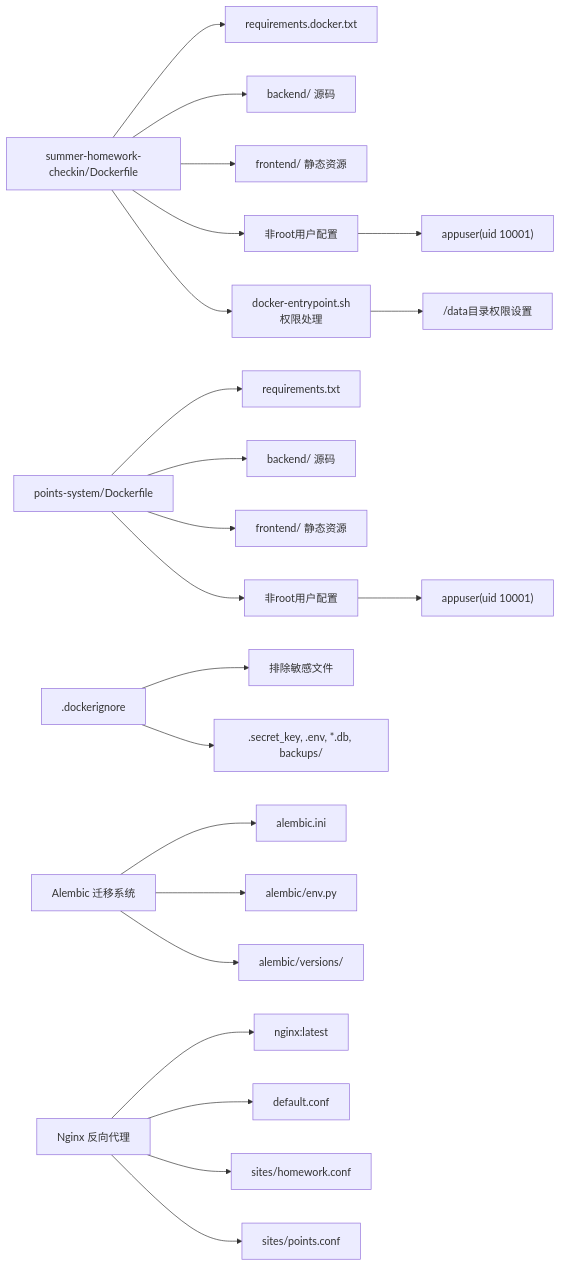
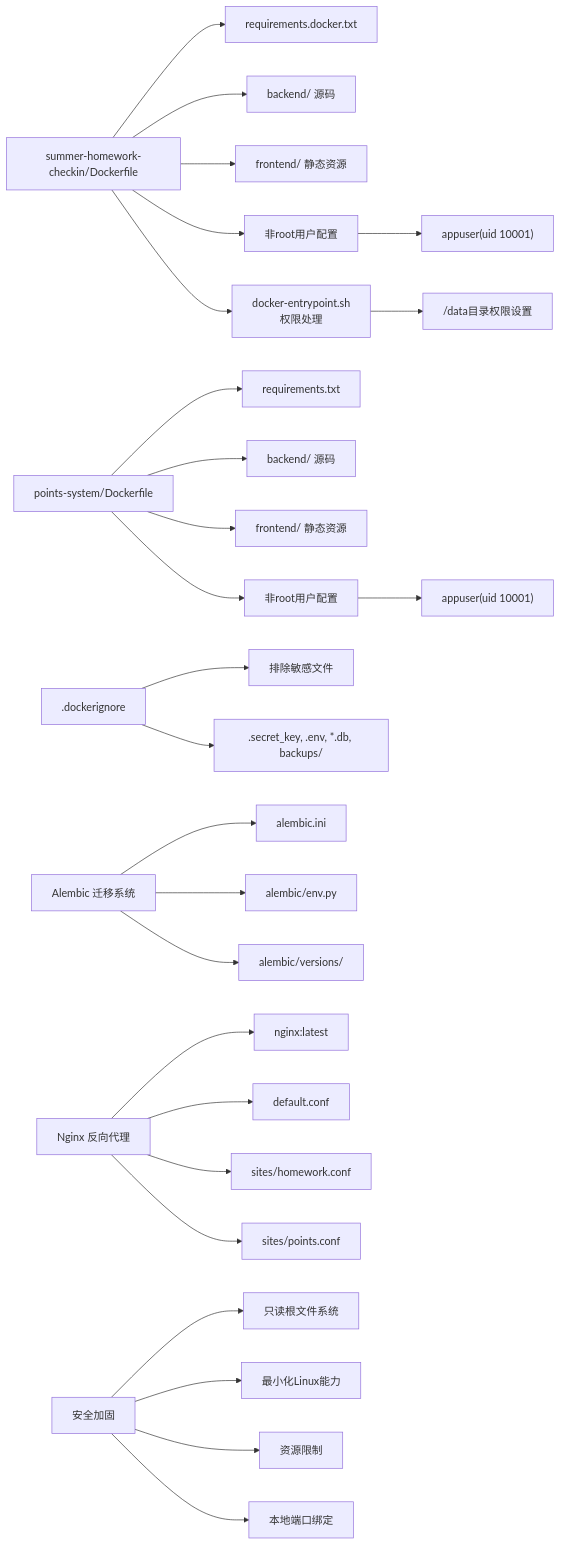
Before and after one commit to onebody/homework: the sixth of 6 diagrams in .qoder/repowiki/zh/content/部署与运维指南/Docker容器化部署.md, drawn with Mermaid. The commit also changed other lines of this file and 35 other files, not shown here.

````diff
--- a/.qoder/repowiki/zh/content/部署与运维指南/Docker容器化部署.md
+++ b/.qoder/repowiki/zh/content/部署与运维指南/Docker容器化部署.md
@@ -406,24 +441,28 @@
 ```mermaid
 graph LR
 A["summer-homework-checkin/Dockerfile"] --> B["requirements.docker.txt"]
 A --> C["backend/ 源码"]
 A --> D["frontend/ 静态资源"]
 A --> E["非root用户配置"]
 E --> F["appuser(uid 10001)"]
 A --> G["docker-entrypoint.sh<br/>权限处理"]
 G --> H["/data目录权限设置"]
 I["points-system/Dockerfile"] --> J["requirements.txt"]
 I --> K["backend/ 源码"]
 I --> L["frontend/ 静态资源"]
 I --> M["非root用户配置"]
 M --> N["appuser(uid 10001)"]
 O[".dockerignore"] --> P["排除敏感文件"]
 O --> Q[".secret_key, .env, *.db, backups/"]
 R["Alembic 迁移系统"] --> S["alembic.ini"]
 R --> T["alembic/env.py"]
 R --> U["alembic/versions/"]
 V["Nginx 反向代理"] --> W["nginx:latest"]
 V --> X["default.conf"]
 V --> Y["sites/homework.conf"]
 V --> Z["sites/points.conf"]
+AA["安全加固"] --> BB["只读根文件系统"]
+AA --> CC["最小化Linux能力"]
+AA --> DD["资源限制"]
+AA --> EE["本地端口绑定"]
 ```
````
